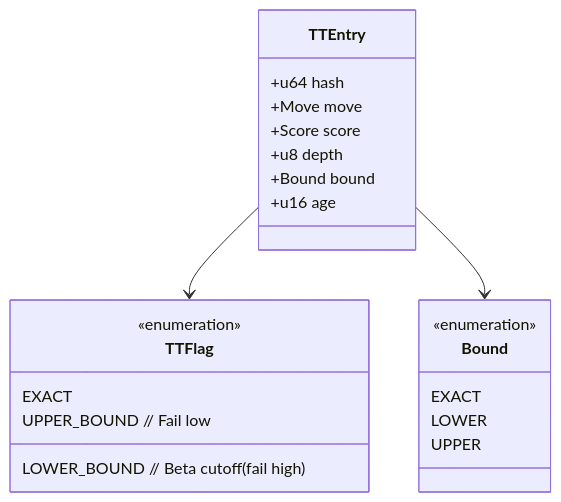
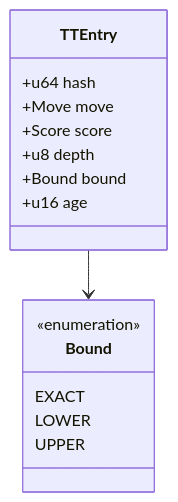
The third of 6 diagrams in memory/SEARCH.md (fgantt/yse), drawn with Mermaid before and after one commit. The commit also changed other lines of this file, not shown here.

Commit message:
Simplify Mermaid diagrams in SEARCH.md for GitHub rendering

````diff
--- a/memory/SEARCH.md
+++ b/memory/SEARCH.md
@@ -149,28 +95,20 @@
 ```mermaid
 classDiagram
     class TTEntry {
         +u64 hash
         +Move move
         +Score score
         +u8 depth
         +Bound bound
         +u16 age
     }
     
-    class TTFlag {
-        <<enumeration>>
-        EXACT
-        LOWER_BOUND  // Beta cutoff (fail high)
-        UPPER_BOUND  // Fail low
-    }
-    
     class Bound {
         <<enumeration>>
         EXACT
         LOWER
         UPPER
     }
     
-    TTEntry --> TTFlag
     TTEntry --> Bound
 ```
````
